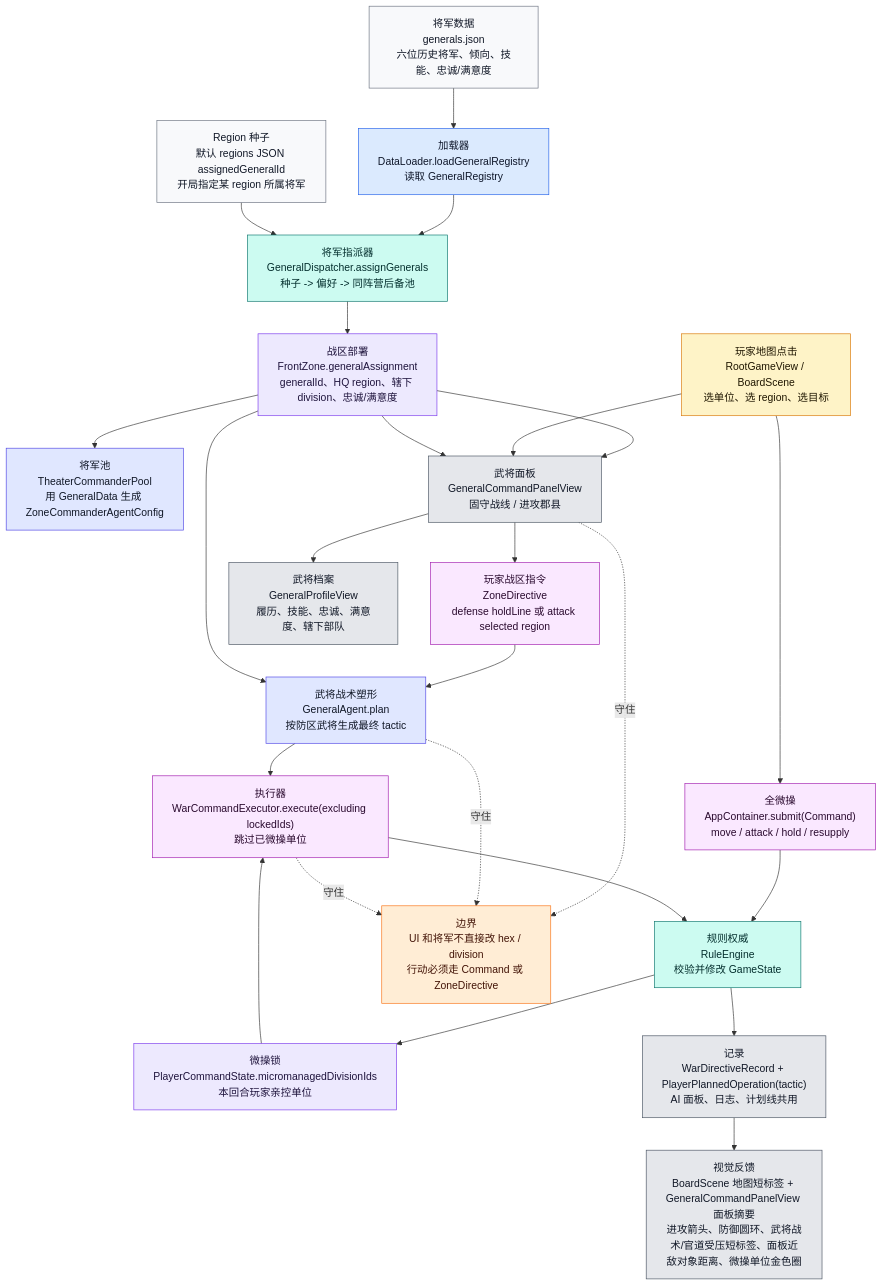
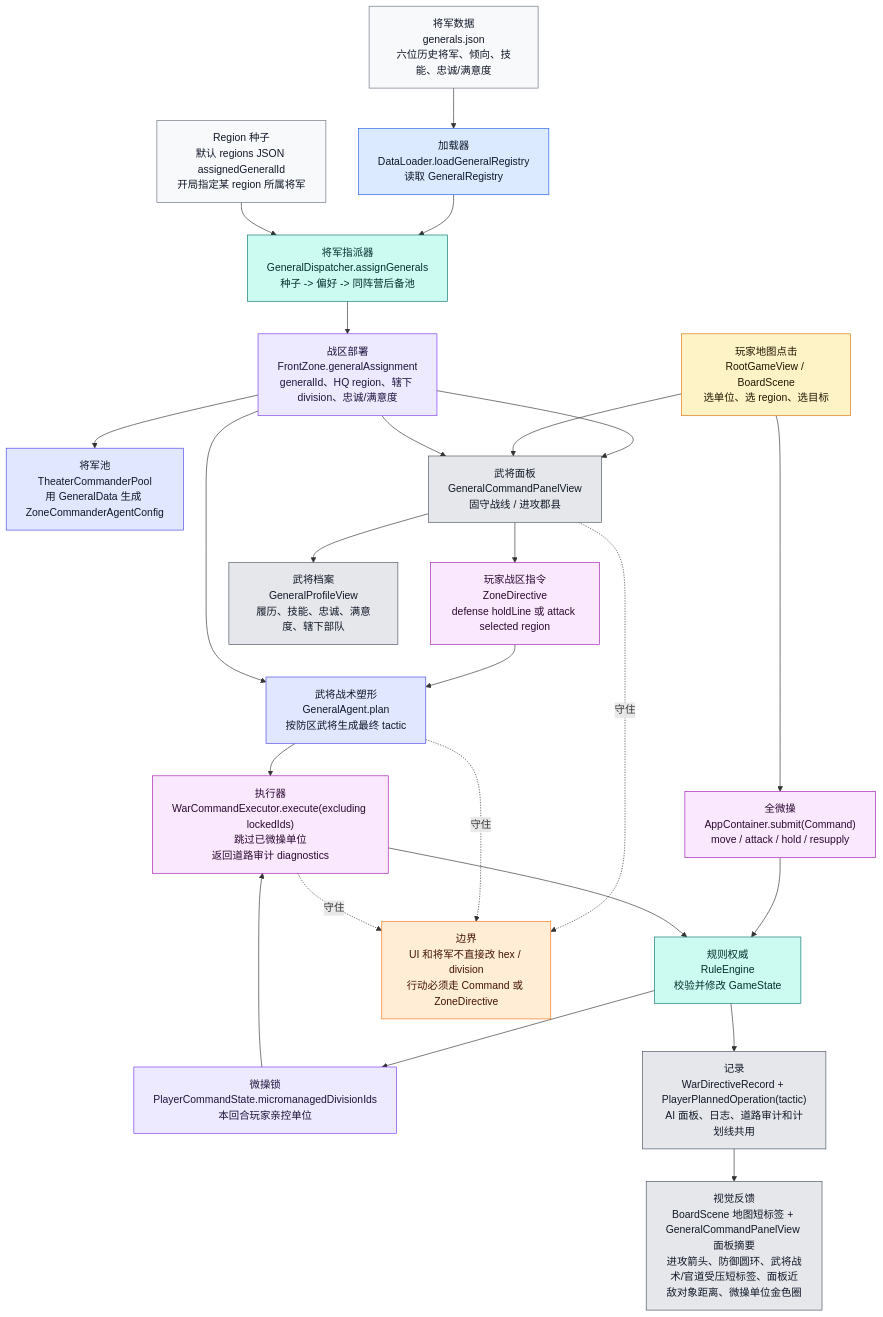
Before and after one commit to Altman-sam114/121: the eighth of 9 diagrams in md/flow/flowchart.md, drawn with Mermaid. The commit also changed other lines of this file and 7 other files, not shown here.

````diff
--- a/md/flow/flowchart.md
+++ b/md/flow/flowchart.md
@@ -533,45 +533,45 @@
 ```mermaid
 flowchart TD
     GJSON["将军数据<br/>generals.json<br/>六位历史将军、倾向、技能、忠诚/满意度"]:::data
     RJSON["Region 种子<br/>默认 regions JSON assignedGeneralId<br/>开局指定某 region 所属将军"]:::data
     DL["加载器<br/>DataLoader.loadGeneralRegistry<br/>读取 GeneralRegistry"]:::loader
     DISP["将军指派器<br/>GeneralDispatcher.assignGenerals<br/>种子 -> 偏好 -> 同阵营后备池"]:::rules
     FZ["战区部署<br/>FrontZone.generalAssignment<br/>generalId、HQ region、辖下 division、忠诚/满意度"]:::state
     POOL["将军池<br/>TheaterCommanderPool<br/>用 GeneralData 生成 ZoneCommanderAgentConfig"]:::ai
 
     TAP["玩家地图点击<br/>RootGameView / BoardScene<br/>选单位、选 region、选目标"]:::input
     MICRO["全微操<br/>AppContainer.submit(Command)<br/>move / attack / hold / resupply"]:::command
     LOCK["微操锁<br/>PlayerCommandState.micromanagedDivisionIds<br/>本回合玩家亲控单位"]:::state
     GENUI["武将面板<br/>GeneralCommandPanelView<br/>固守战线 / 进攻郡县"]:::ui
     ZD["玩家战区指令<br/>ZoneDirective<br/>defense holdLine 或 attack selected region"]:::command
     GENA["武将战术塑形<br/>GeneralAgent.plan<br/>按防区武将生成最终 tactic"]:::ai
-    WCE["执行器<br/>WarCommandExecutor.execute(excluding lockedIds)<br/>跳过已微操单位"]:::command
+    WCE["执行器<br/>WarCommandExecutor.execute(excluding lockedIds)<br/>跳过已微操单位<br/>返回道路审计 diagnostics"]:::command
     RE["规则权威<br/>RuleEngine<br/>校验并修改 GameState"]:::rules
-    RECORD["记录<br/>WarDirectiveRecord + PlayerPlannedOperation(tactic)<br/>AI 面板、日志、计划线共用"]:::ui
+    RECORD["记录<br/>WarDirectiveRecord + PlayerPlannedOperation(tactic)<br/>AI 面板、日志、道路审计和计划线共用"]:::ui
     BOARD["视觉反馈<br/>BoardScene 地图短标签 + GeneralCommandPanelView 面板摘要<br/>进攻箭头、防御圆环、武将战术/官道受压短标签、面板近敌对象距离、微操单位金色圈"]:::ui
     PROFILE["武将档案<br/>GeneralProfileView<br/>履历、技能、忠诚、满意度、辖下部队"]:::ui
 
     GJSON --> DL --> DISP
     RJSON --> DISP --> FZ --> POOL
     FZ --> GENUI --> PROFILE
     TAP --> MICRO --> RE --> LOCK
     LOCK --> WCE
     TAP --> GENUI --> ZD --> GENA --> WCE --> RE --> RECORD --> BOARD
     FZ --> GENUI
     FZ --> GENA
 
     WARN["边界<br/>UI 和将军不直接改 hex / division<br/>行动必须走 Command 或 ZoneDirective"]:::warn
     GENUI -.守住.-> WARN
     GENA -.守住.-> WARN
     WCE -.守住.-> WARN
 
     classDef data fill:#f8f9fb,stroke:#6b7280,color:#111827
     classDef loader fill:#dbeafe,stroke:#2563eb,color:#0f172a
     classDef state fill:#ede9fe,stroke:#7c3aed,color:#1f143d
     classDef ai fill:#e0e7ff,stroke:#4f46e5,color:#111827
     classDef input fill:#fef3c7,stroke:#d97706,color:#1f1600
     classDef command fill:#fae8ff,stroke:#a21caf,color:#2a0a2f
     classDef rules fill:#ccfbf1,stroke:#0f766e,color:#042f2e
     classDef ui fill:#e5e7eb,stroke:#4b5563,color:#111827
     classDef warn fill:#ffedd5,stroke:#f97316,color:#431407
 ```
````
